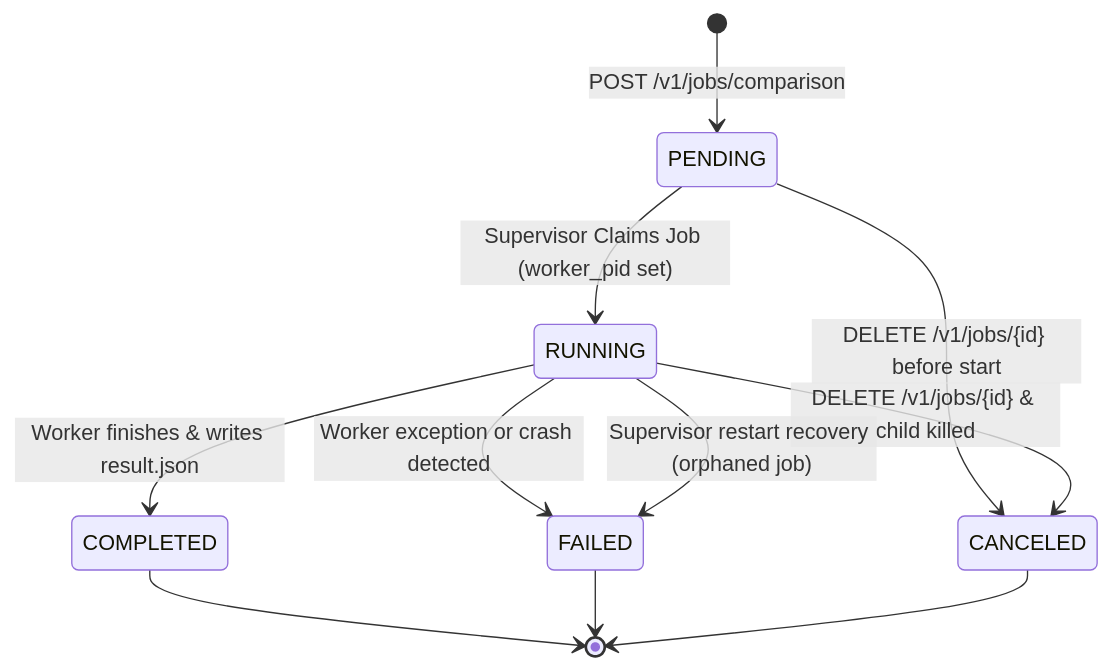
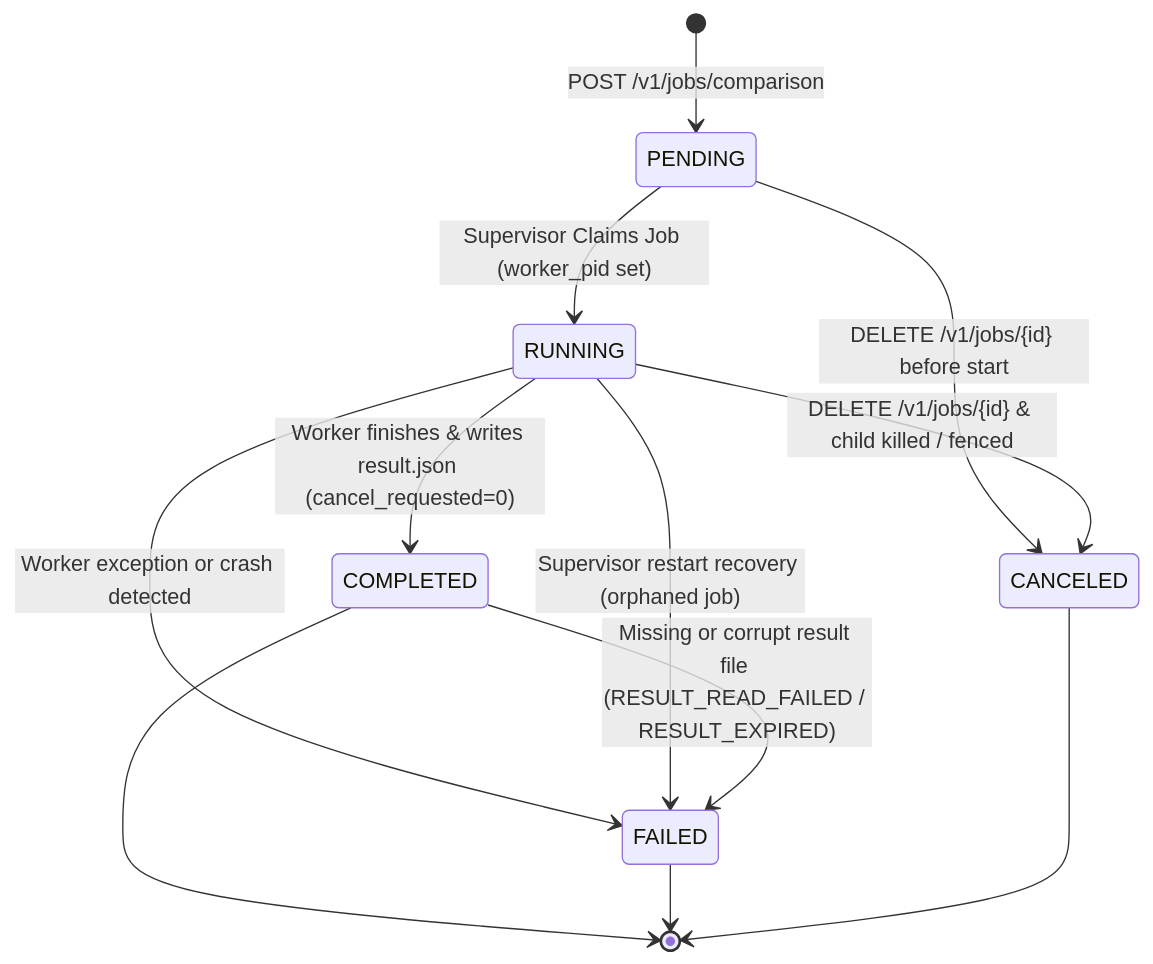
One commit to koushik-ngd/reversal-lab changed the second of 2 diagrams in docs/architecture_jobs.md. Above: the diagram before and after it, drawn with Mermaid. The commit also changed other lines of this file and 8 other files, not shown here.

First line of the commit message:
fix(jobs): harden job engine reliability, worker fencing, and security boundary (M6C)

````diff
--- a/docs/architecture_jobs.md
+++ b/docs/architecture_jobs.md
@@ -90,16 +109,17 @@
 ```mermaid
 stateDiagram-v2
     [*] --> PENDING: POST /v1/jobs/comparison
     PENDING --> RUNNING: Supervisor Claims Job (worker_pid set)
     PENDING --> CANCELED: DELETE /v1/jobs/{id} before start
     
-    RUNNING --> COMPLETED: Worker finishes & writes result.json
+    RUNNING --> COMPLETED: Worker finishes & writes result.json (cancel_requested=0)
     RUNNING --> FAILED: Worker exception or crash detected
-    RUNNING --> CANCELED: DELETE /v1/jobs/{id} & child killed
+    RUNNING --> CANCELED: DELETE /v1/jobs/{id} & child killed / fenced
     
     RUNNING --> FAILED: Supervisor restart recovery (orphaned job)
+    COMPLETED --> FAILED: Missing or corrupt result file (RESULT_READ_FAILED / RESULT_EXPIRED)
     
     COMPLETED --> [*]
     FAILED --> [*]
     CANCELED --> [*]
 ```
````
